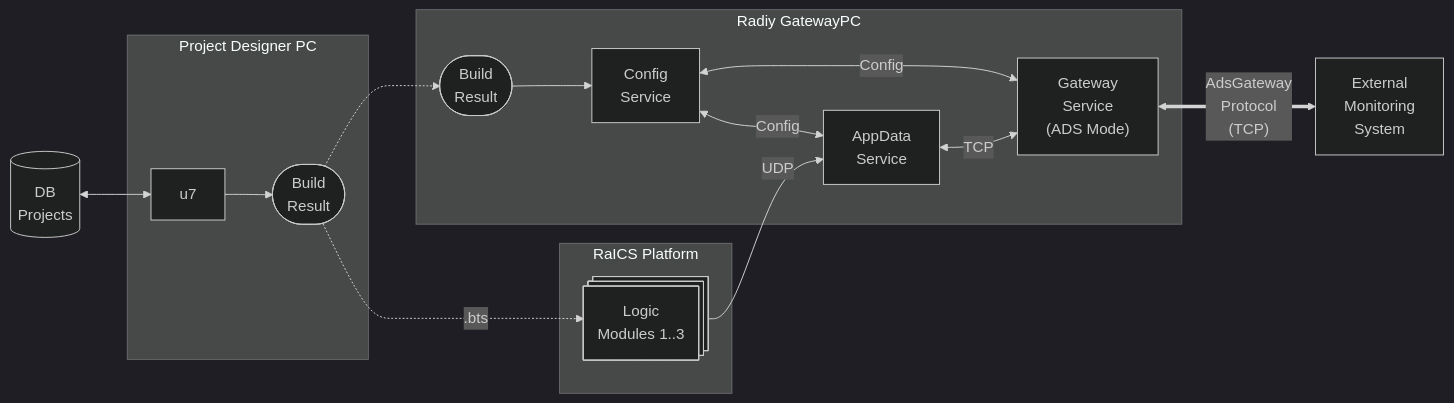
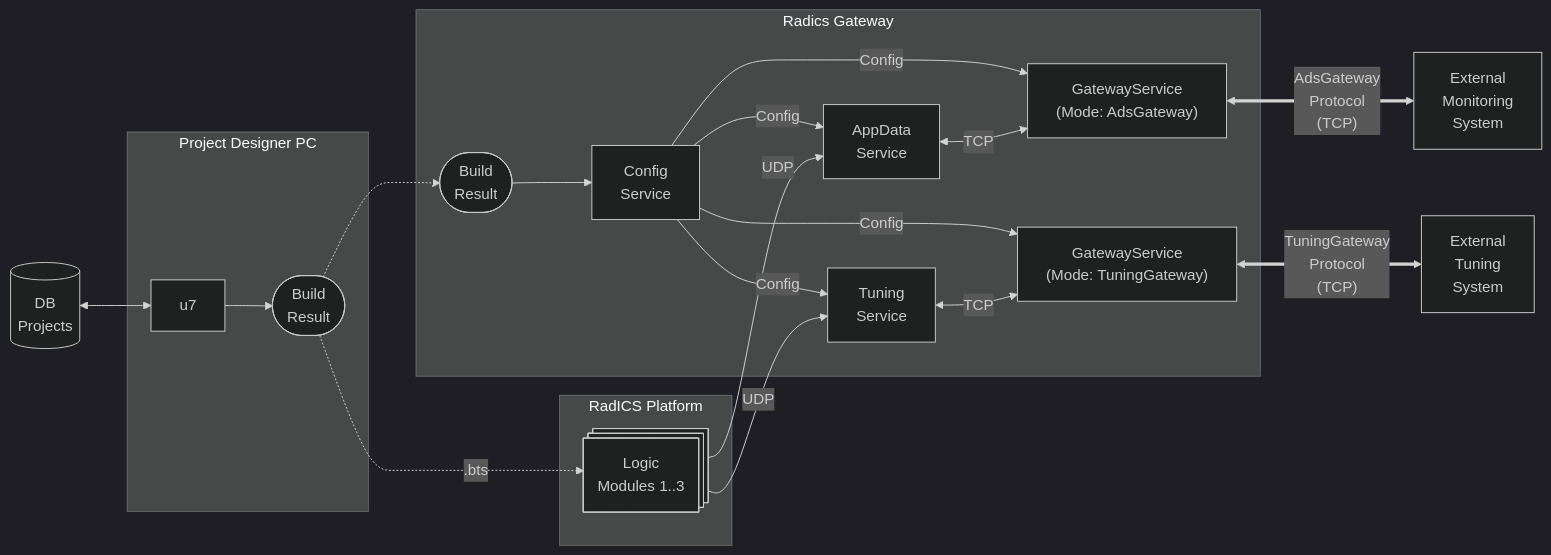
Before and after one commit to whiteman-kr/u7set: the diagram in GatewayService/example/README.md, drawn with Mermaid (dark theme). The commit also changed 1 other file, not shown here.

Commit message:
RPCT-4105, Doc: Gateway, normalized terminology, updated flowcharts & docs.

````diff
--- a/GatewayService/example/README.md
+++ b/GatewayService/example/README.md
@@ -27,30 +27,38 @@
 ```mermaid
 flowchart LR
     DB[(DB<br/>Projects)] <--> U7[u7]
     subgraph DesignerPC [Project Designer PC]
       U7 --> BR([Build<br/>Result])
     end
 
-    subgraph RaICS2 [RaICS Platform]
+    subgraph RadICS2 [RadICS Platform]
         LMs@{ shape: processes, label: "Logic<br/>Modules 1..3" }
     end    
 
-        subgraph GPC [Radiy GatewayPC]
+    subgraph GPC [Radics Gateway]
         BR2([Build<br/>Result])
         CS[Config<br/>Service]
         ADS[AppData<br/>Service]
-        GW["Gateway<br/>Service<br/>(ADS Mode)"]
+        TS[Tuning<br/>Service]
+        ADSGW["GatewayService<br/>(Mode: AdsGateway)"]
+        TSGW["GatewayService<br/>(Mode: TuningGateway)"]
     end
 
     BR -.-> BR2
     BR2 --> CS
     BR -.->|.bts| LMs
     
     EMS["External<br/>Monitoring<br/>System"]
+    ETS["External<br/>Tuning<br/>System"]
     
-    CS <-->|Config| ADS
-    CS <-->|Config| GW
+    CS -->|Config| ADS
+    CS -->|Config| TS
+    CS -->|Config| ADSGW
+    CS -->|Config| TSGW
     LMs -->|UDP| ADS
-    ADS <-->|TCP| GW
-    GW <==>|"AdsGateway<br/>Protocol<br/>(TCP)"| EMS
+    LMs -->|UDP| TS
+    ADS <-->|TCP| ADSGW
+    TS <-->|TCP| TSGW
+    ADSGW <==>|"AdsGateway<br/>Protocol<br/>(TCP)"| EMS
+    TSGW <==>|"TuningGateway<br/>Protocol<br/>(TCP)"| ETS
 ```
````
